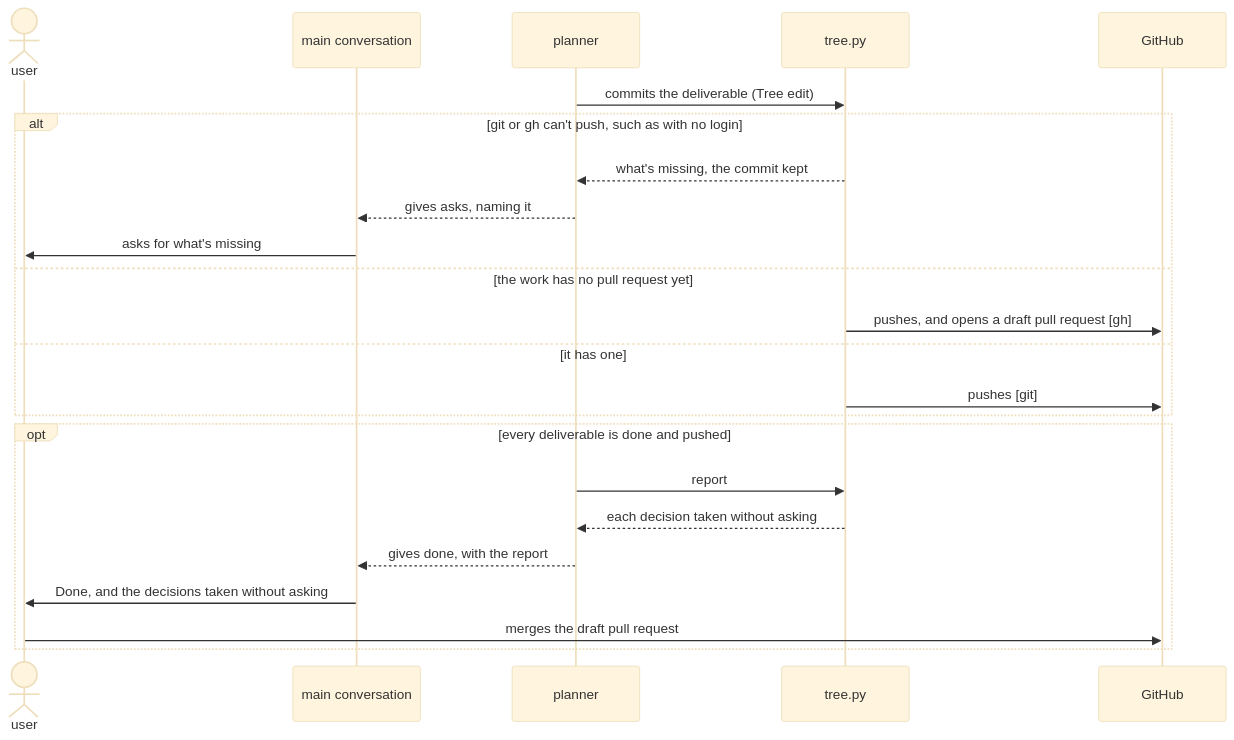
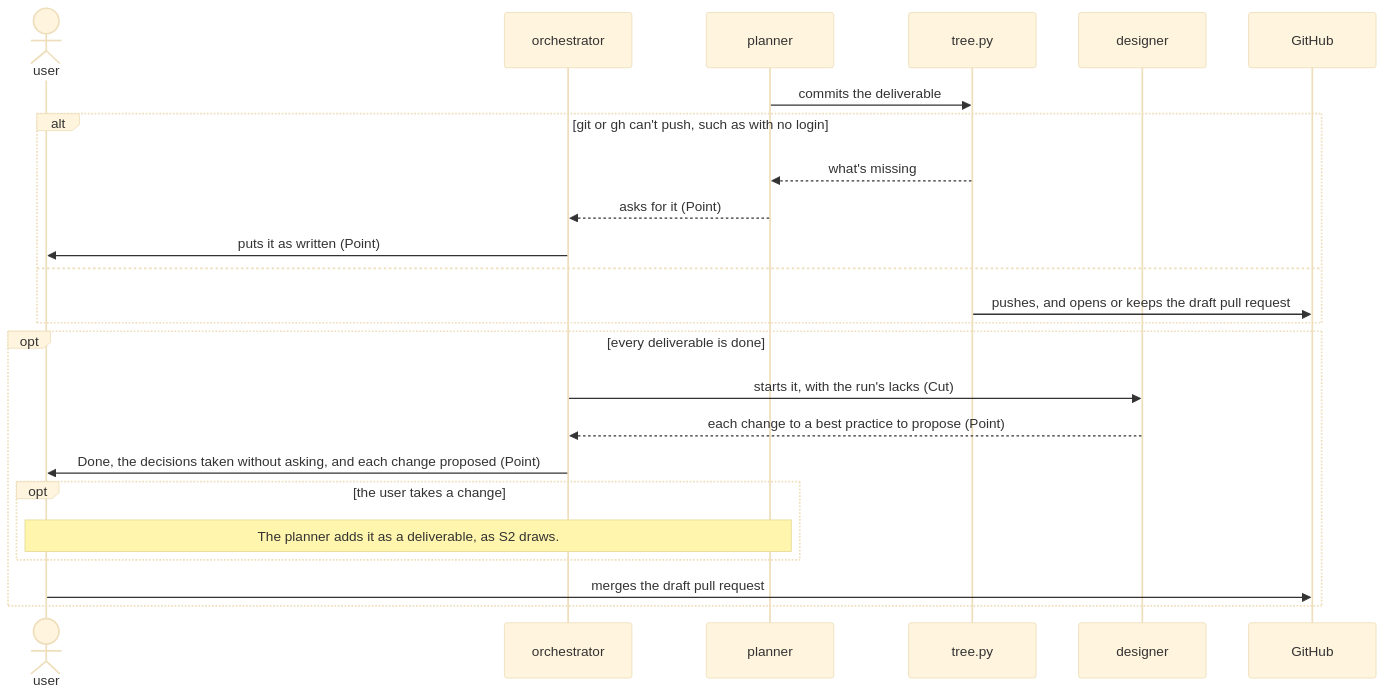
Before and after one commit to lovaizu/ccpm: the fifth of 5 diagrams in dev/rn/architecture.md, drawn with Mermaid (base theme). The commit also changed other lines of this file and 11 other files, not shown here.

````diff
--- a/dev/rn/architecture.md
+++ b/dev/rn/architecture.md
@@ -372,25 +259,26 @@
 ```mermaid
 sequenceDiagram
   actor U as user
-  participant M as main conversation
+  participant O as orchestrator
   participant P as planner
   participant T as tree.py
+  participant D as designer
   participant GH as GitHub
-  P->>T: commits the deliverable (Tree edit)
+  P->>T: commits the deliverable
   alt git or gh can't push, such as with no login
-    T-->>P: what's missing, the commit kept
-    P-->>M: gives asks, naming it
-    M->>U: asks for what's missing
-  else the work has no pull request yet
-    T->>GH: pushes, and opens a draft pull request [gh]
-  else it has one
-    T->>GH: pushes [git]
+    T-->>P: what's missing
+    P-->>O: asks for it (Point)
+    O->>U: puts it as written (Point)
+  else
+    T->>GH: pushes, and opens or keeps the draft pull request
   end
-  opt every deliverable is done and pushed
-    P->>T: report
-    T-->>P: each decision taken without asking
-    P-->>M: gives done, with the report
-    M->>U: Done, and the decisions taken without asking
+  opt every deliverable is done
+    O->>D: starts it, with the run's lacks (Cut)
+    D-->>O: each change to a best practice to propose (Point)
+    O->>U: Done, the decisions taken without asking, and each change proposed (Point)
+    opt the user takes a change
+      Note over U,P: The planner adds it as a deliverable, as S2 draws.
+    end
     U->>GH: merges the draft pull request
   end
 ```
````
